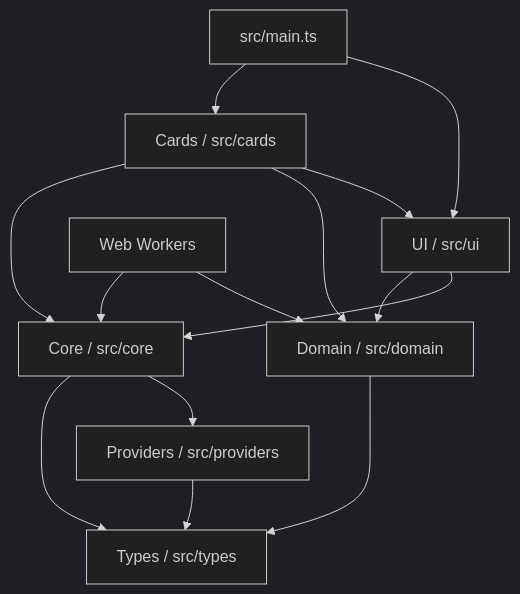
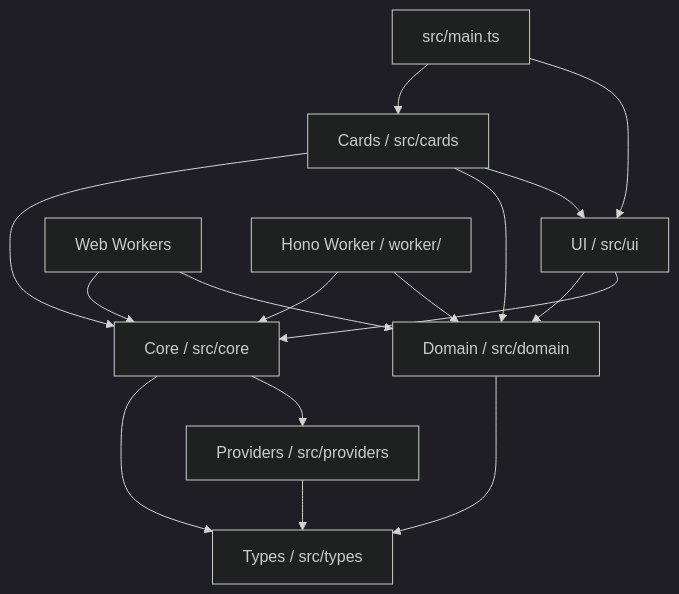
One commit to RajwanYair/CrossTide changed the first of 3 diagrams in ARCHITECTURE.md. Above: the diagram before and after it, drawn with Mermaid (dark theme). The commit also changed other lines of this file, not shown here.

Commit message:
docs(R21): update ARCHITECTURE.md from v7.5 to v7.15 — 112 domain modules, 20 routes, Hono worker, 3884 tests

````diff
--- a/ARCHITECTURE.md
+++ b/ARCHITECTURE.md
@@ -12,16 +12,18 @@
 ```mermaid
 flowchart TD
   Cards[Cards / src/cards] --> UI[UI / src/ui]
   UI --> Core[Core / src/core]
   UI --> Domain[Domain / src/domain]
   Cards --> Domain
   Cards --> Core
   Core --> Providers[Providers / src/providers]
   Core --> Types[Types / src/types]
   Domain --> Types
   Providers --> Types
   Main[src/main.ts] --> UI
   Main --> Cards
   Worker[Web Workers] --> Domain
   Worker --> Core
+  HonoWorker[Hono Worker / worker/] --> Domain
+  HonoWorker --> Core
 ```
````
